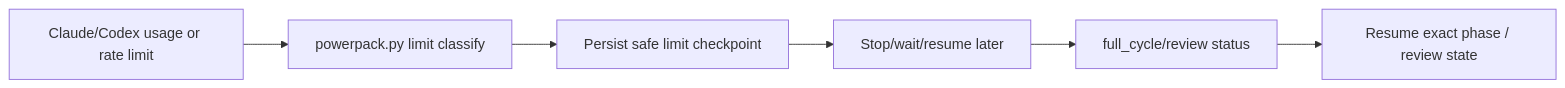
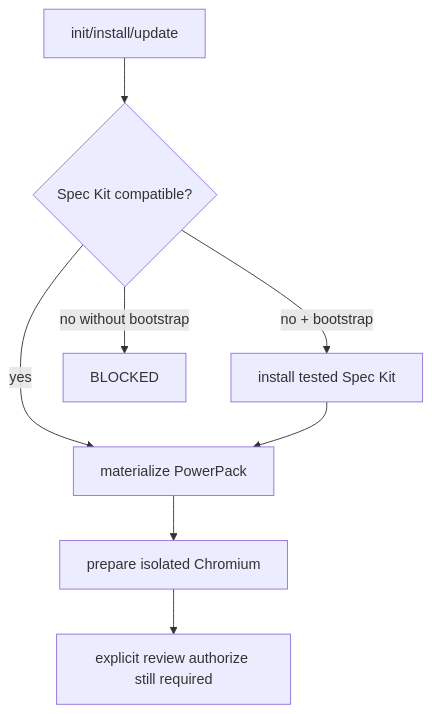
One commit to ds1david/speckit-powerpack changed the eighth of 9 diagrams in docs/PROCESS_ARCHITECTURE.md. Above: the diagram before and after it, drawn with Mermaid. The commit also changed other lines of this file, not shown here.

Commit message:
docs(architecture): model mandatory isolated Web review

````diff
--- a/docs/PROCESS_ARCHITECTURE.md
+++ b/docs/PROCESS_ARCHITECTURE.md
@@ -332,8 +258,10 @@
 ```mermaid
-flowchart LR
-    LIMIT[Claude/Codex usage or rate limit] --> CLASS[powerpack.py limit classify]
-    CLASS --> CP[Persist safe limit checkpoint]
-    CP --> STOP[Stop/wait/resume later]
-    STOP --> STATUS[full_cycle/review status]
-    STATUS --> RESUME[Resume exact phase / review state]
+flowchart TD
+    START[init/install/update] --> VER{Spec Kit compatible?}
+    VER -->|no + bootstrap| SK[install tested Spec Kit]
+    VER -->|no without bootstrap| STOP[BLOCKED]
+    VER -->|yes| MAT[materialize PowerPack]
+    SK --> MAT
+    MAT --> BROWSER[prepare isolated Chromium]
+    BROWSER --> CONSENT[explicit review authorize still required]
 ```
````
